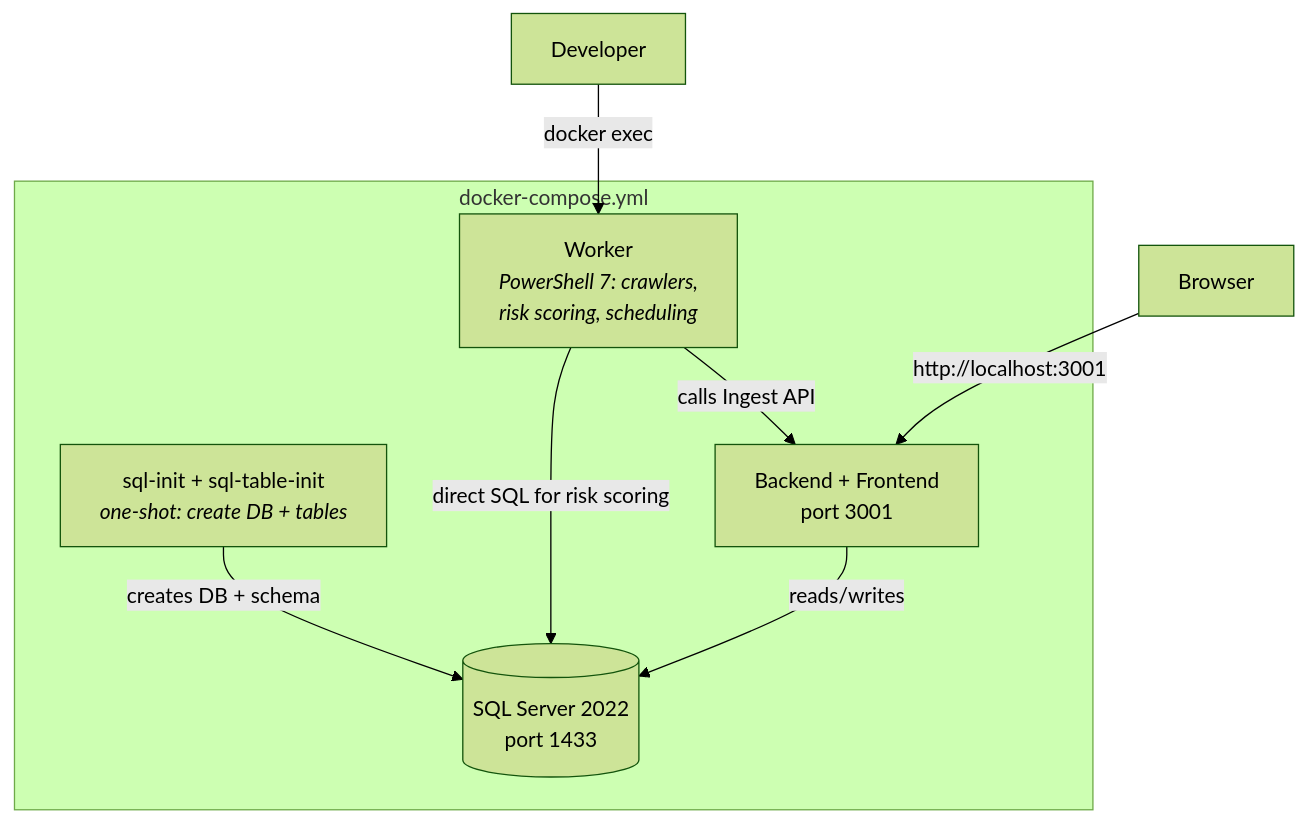
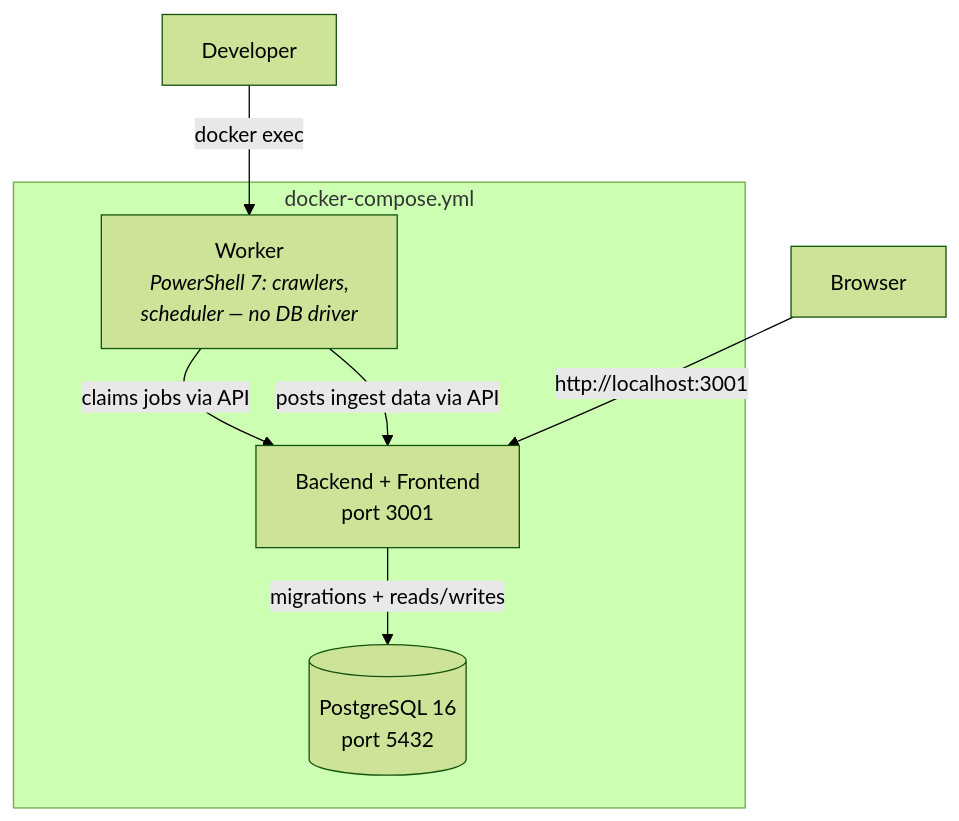
Before and after one commit to Fortigi/FortigiGraph: the diagram in docs/architecture/docker-setup.md, drawn with Mermaid (forest theme). The commit also changed other lines of this file and 116 other files, not shown here.

````diff
--- a/docs/architecture/docker-setup.md
+++ b/docs/architecture/docker-setup.md
@@ -34,17 +34,15 @@
 ```mermaid
 graph TB
     subgraph Docker["docker-compose.yml"]
-        SQL[(SQL Server 2022<br/>port 1433)]
-        INIT[sql-init + sql-table-init<br/><i>one-shot: create DB + tables</i>]
+        PG[(PostgreSQL 16<br/>port 5432)]
         API[Backend + Frontend<br/>port 3001]
-        WORKER[Worker<br/><i>PowerShell 7: crawlers,<br/>risk scoring, scheduling</i>]
+        WORKER[Worker<br/><i>PowerShell 7: crawlers,<br/>scheduler — no DB driver</i>]
     end
 
-    INIT -->|creates DB + schema| SQL
-    API -->|reads/writes| SQL
-    WORKER -->|calls Ingest API| API
-    WORKER -->|direct SQL for risk scoring| SQL
+    API -->|migrations + reads/writes| PG
+    WORKER -->|claims jobs via API| API
+    WORKER -->|posts ingest data via API| API
 
     User[Browser] -->|http://localhost:3001| API
     Dev[Developer] -->|docker exec| WORKER
 ```
````
